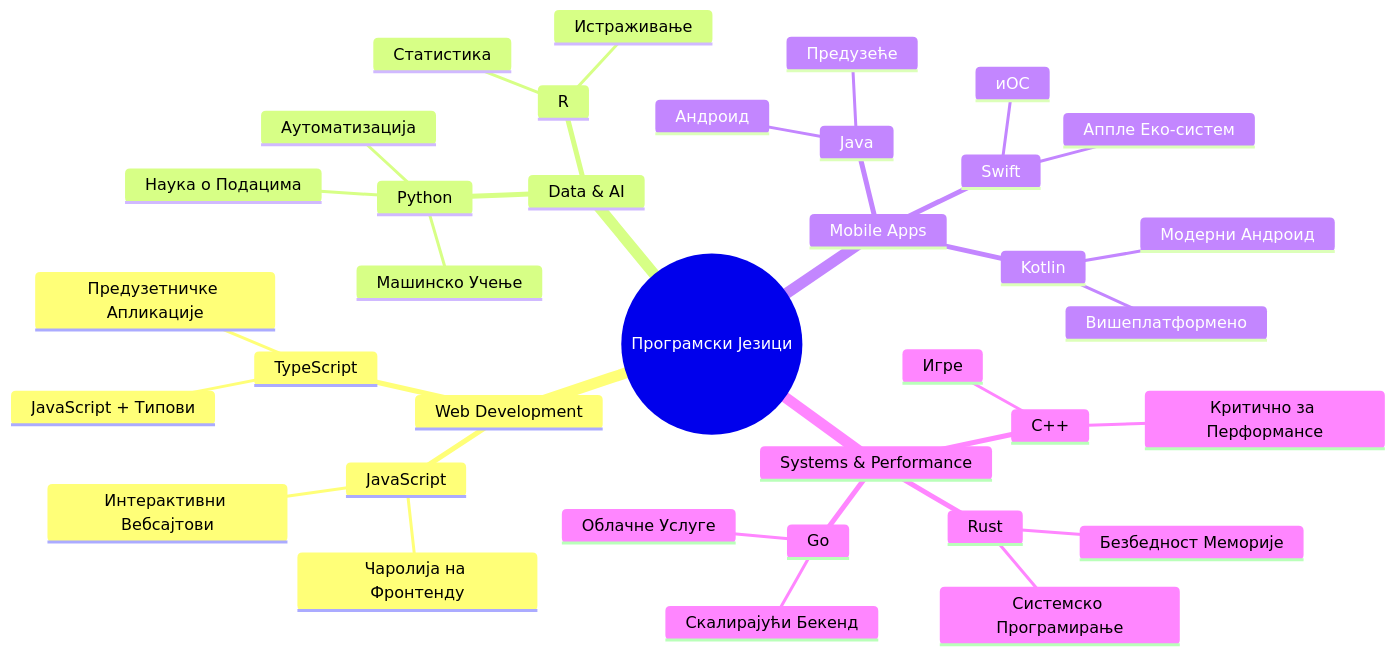
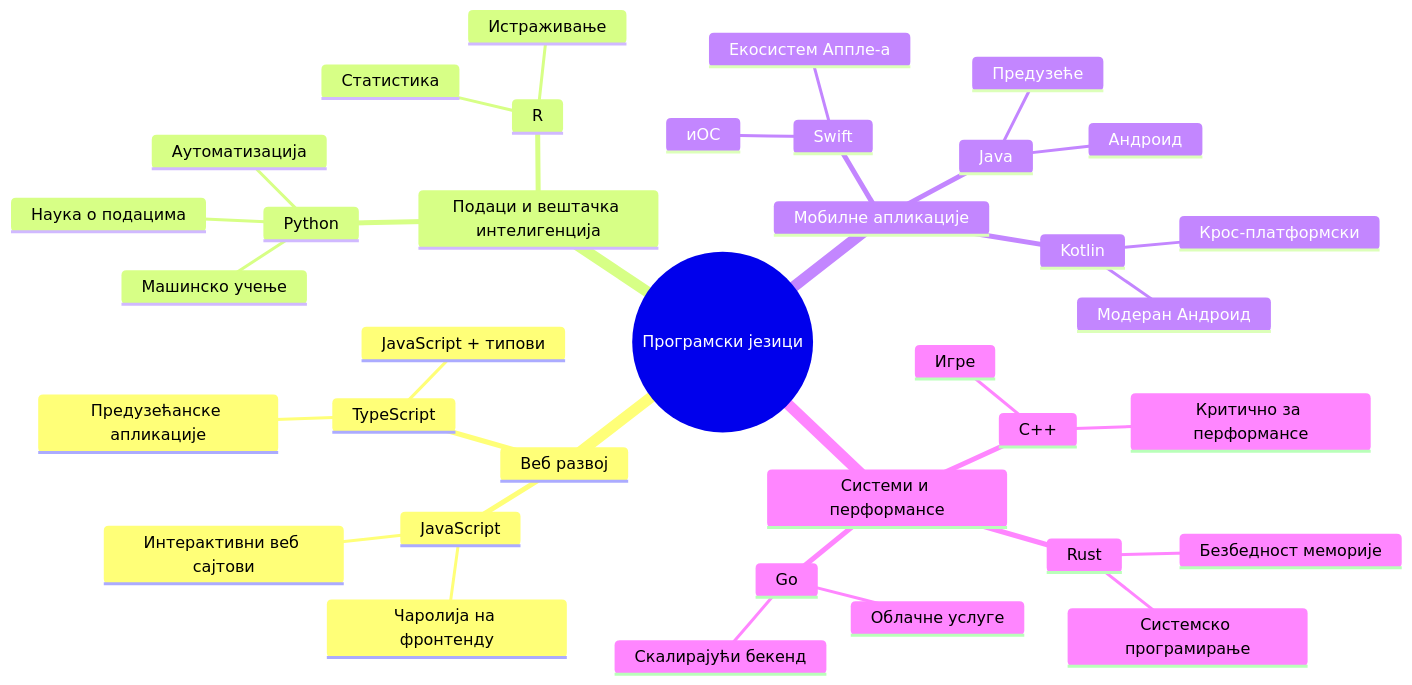
The second of 7 diagrams in translations/sr/1-getting-started-lessons/1-intro-to-programming-languages/README.md (microsoft/Web-Dev-For-Beginners), drawn with Mermaid before and after one commit. The commit also changed other lines of this file and 8 other files, not shown here.

````diff
--- a/translations/sr/1-getting-started-lessons/1-intro-to-programming-languages/README.md
+++ b/translations/sr/1-getting-started-lessons/1-intro-to-programming-languages/README.md
@@ -85,39 +85,39 @@
 ```mermaid
 mindmap
-  root((Програмски Језици))
-    Web Development
+  root((Програмски језици))
+    Веб развој
       JavaScript
-        Чаролија на Фронтенду
-        Интерактивни Вебсајтови
+        Чаролија на фронтенду
+        Интерактивни веб сајтови
       TypeScript
-        JavaScript + Типови
-        Предузетничке Апликације
-    Data & AI
+        JavaScript + типови
+        Предузећанске апликације
+    Подaци и вештачка интелигенција
       Python
-        Наука о Подацима
-        Машинско Учење
+        Наука о подацима
+        Машинско учење
         Аутоматизација
       R
         Статистика
         Истраживање
-    Mobile Apps
+    Мобилне апликације
       Java
         Андроид
         Предузеће
       Swift
         иОС
-        Аппле Еко-систем
+        Екосистем Аппле-а
       Kotlin
-        Модерни Андроид
-        Вишеплатформено
-    Systems & Performance
+        Модеран Андроид
+        Крос-платформски
+    Системи и перформансе
       C++
         Игре
-        Критично за Перформансе
+        Критично за перформансе
       Rust
-        Безбедност Меморије
-        Системско Програмирање
+        Безбедност меморије
+        Системско програмирање
       Go
-        Облачне Услуге
-        Скалирајући Бекенд
+        Облачне услуге
+        Скалирајући бекенд
 ```
````
